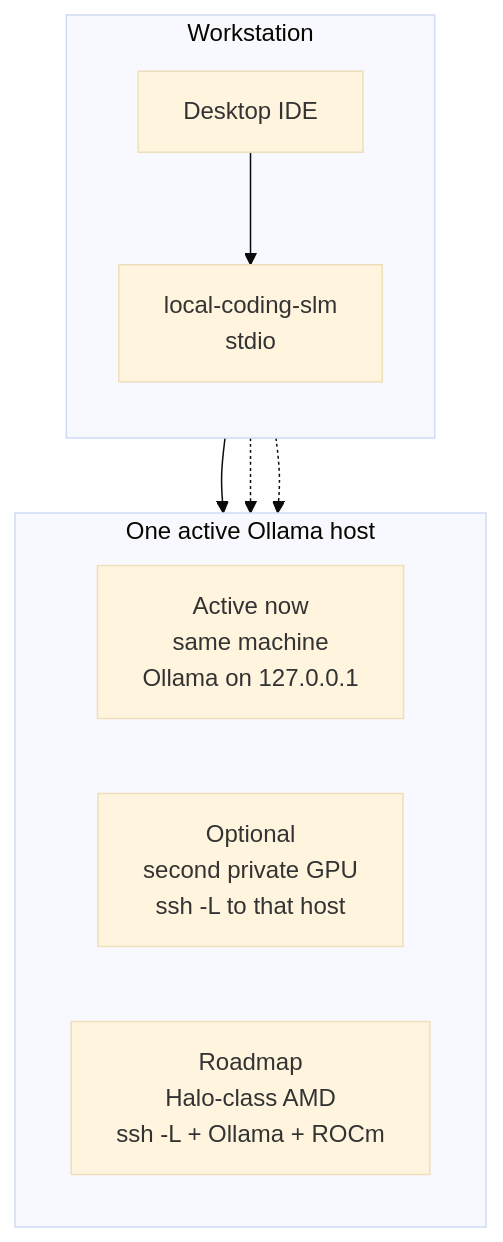
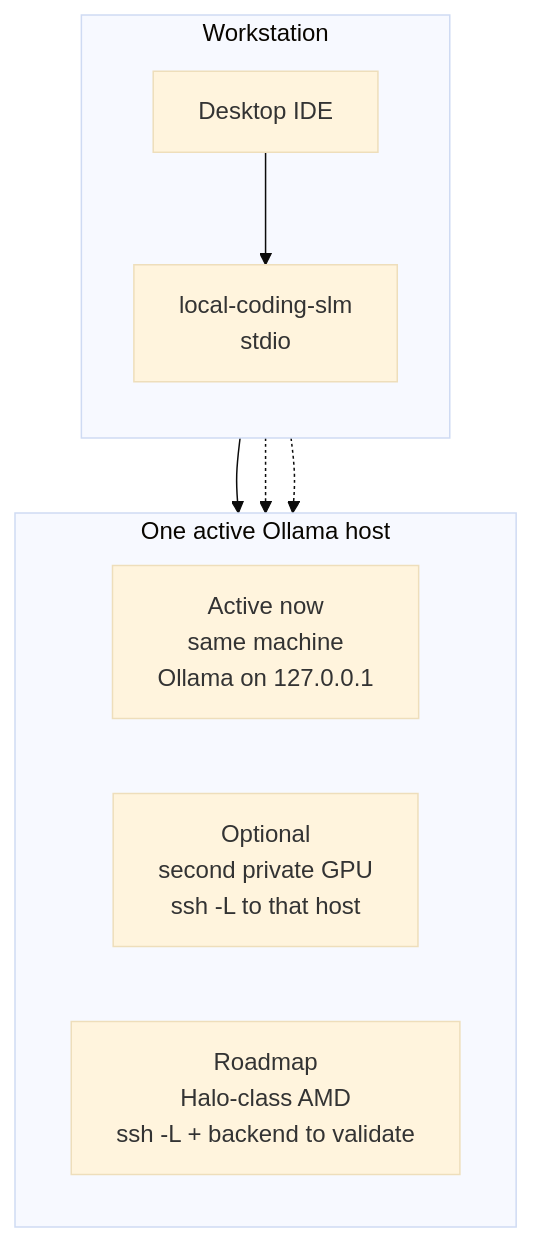
The fourth of 4 diagrams in docs/c4.md (jmjava/slm-setup), drawn with Mermaid (base theme) before and after one commit. The commit also changed other lines of this file and 3 other files, not shown here.

````diff
--- a/docs/c4.md
+++ b/docs/c4.md
@@ -106,20 +106,20 @@
 ```mermaid
 flowchart TB
   subgraph ws["Workstation"]
     direction TB
     ide["Desktop IDE"]
     mcp["local-coding-slm<br/>stdio"]
     ide --> mcp
   end
 
   subgraph hosts["One active Ollama host"]
     direction LR
     local["Active now<br/>same machine<br/>Ollama on 127.0.0.1"]
     second["Optional<br/>second private GPU<br/>ssh -L to that host"]
-    halo["Roadmap<br/>Halo-class AMD<br/>ssh -L + Ollama + ROCm"]
+    halo["Roadmap<br/>Halo-class AMD<br/>ssh -L + backend to validate"]
   end
 
   mcp --> local
   mcp -.-> second
   mcp -.-> halo
 ```
````
